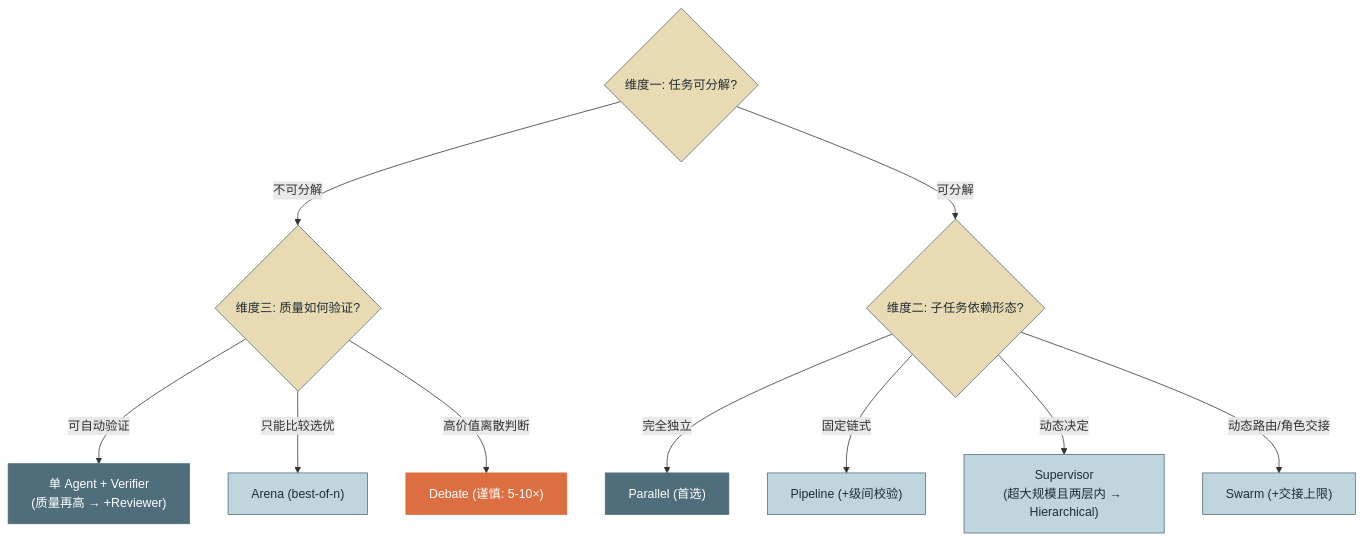
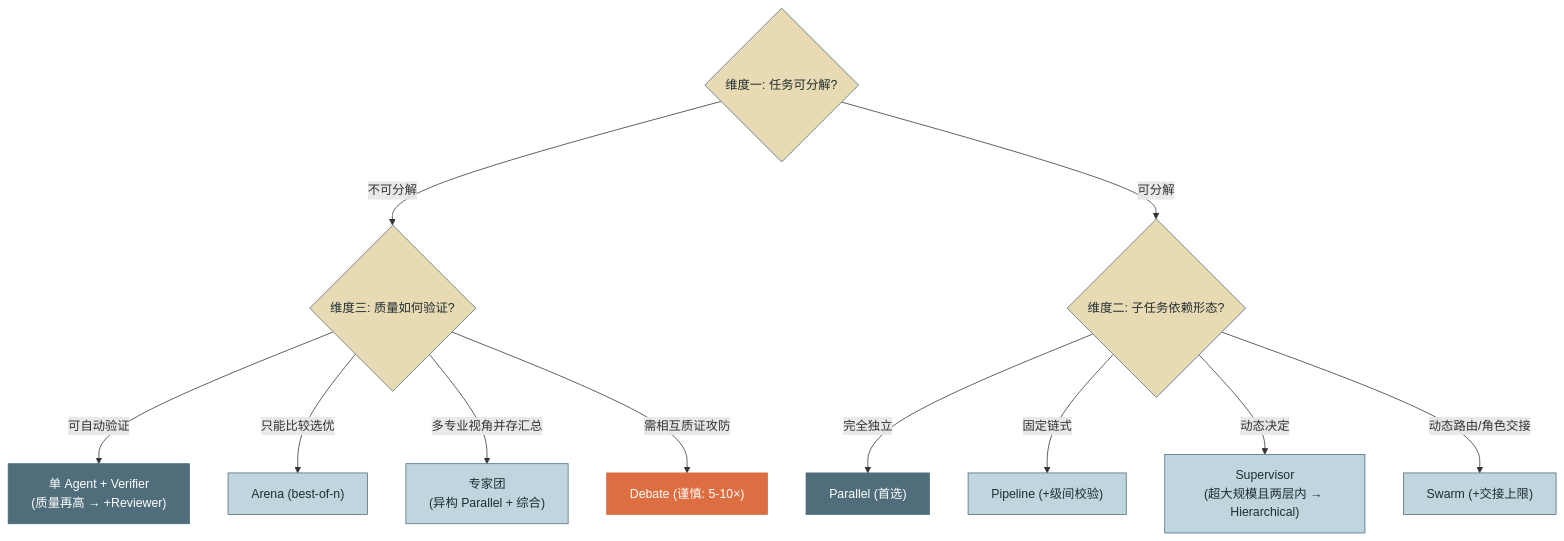
One commit to cdavid817/agent-book changed the ninth of 9 diagrams in 第四篇-多Agent/第17章-多Agent拓扑分类学.md. Above: the diagram before and after it, drawn with Mermaid. The commit also changed 1 other file, not shown here.

Commit message:
docs(ch16,ch17): 审读修复——决策树补专家团分支与一处补充
- ch16 补充'杠杆三：批处理折扣'——Batch API 约五折适用的三类后台调用
  （评测夜跑/隐式记忆提取/入库 embedding），零质量代价的成本杠杆此前缺席；
  价格数字（Opus 5 $5/$25、Haiku 4.5 $1/$5、缓存读 0.1×写 1.25×、usage
  四字段、约 1K 最小可缓存长度）已对照当前 API 逐项核验无误；台账代码实测
  手算一致（$0.07375）
- ch17 图 9 决策树补'专家团'分支：2.2 节维度三文字有四个去向，图中只画了
  三个；Debate 分支措辞同步为'需相互质证攻防'与正文一致

````diff
--- a/第四篇-多Agent/第17章-多Agent拓扑分类学.md
+++ b/第四篇-多Agent/第17章-多Agent拓扑分类学.md
@@ -187,22 +187,23 @@
 ```mermaid
 flowchart TB
     Q1{"维度一: 任务可分解?"}
     Q1 -->|"不可分解"| Q3A{"维度三: 质量如何验证?"}
     Q3A -->|"可自动验证"| SA["单 Agent + Verifier<br/>(质量再高 → +Reviewer)"]
     Q3A -->|"只能比较选优"| AR["Arena (best-of-n)"]
-    Q3A -->|"高价值离散判断"| DB["Debate (谨慎: 5-10×)"]
+    Q3A -->|"多专业视角并存汇总"| MO["专家团<br/>(异构 Parallel + 综合)"]
+    Q3A -->|"需相互质证攻防"| DB["Debate (谨慎: 5-10×)"]
     Q1 -->|"可分解"| Q2{"维度二: 子任务依赖形态?"}
     Q2 -->|"完全独立"| PA["Parallel (首选)"]
     Q2 -->|"固定链式"| PI["Pipeline (+级间校验)"]
     Q2 -->|"动态决定"| SU["Supervisor<br/>(超大规模且两层内 → Hierarchical)"]
     Q2 -->|"动态路由/角色交接"| SW["Swarm (+交接上限)"]
 
     classDef judge fill:#E8DAB2,stroke:#4F6D7A,color:#1f2d33
     classDef good fill:#4F6D7A,stroke:#4F6D7A,color:#ffffff
     classDef mid fill:#C0D6DF,stroke:#4F6D7A,color:#1f2d33
     classDef warn fill:#DD6E42,stroke:#DD6E42,color:#ffffff
     class Q1,Q2,Q3A judge
     class SA,PA good
-    class PI,SU,AR,SW mid
+    class PI,SU,AR,SW,MO mid
     class DB warn
 ```
````
